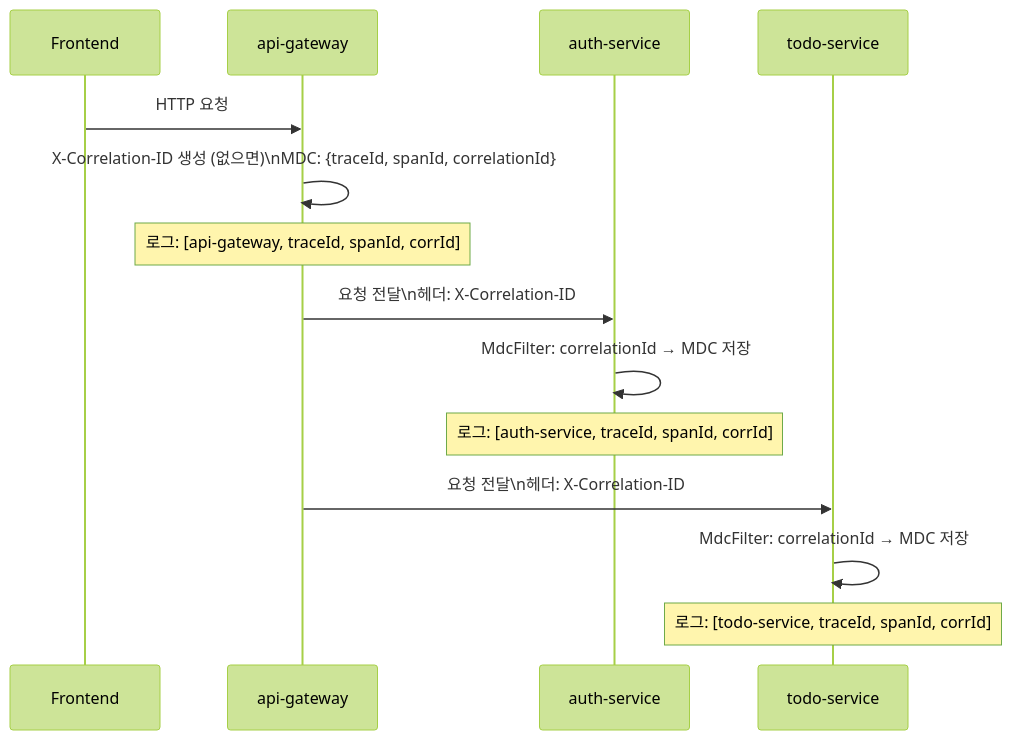
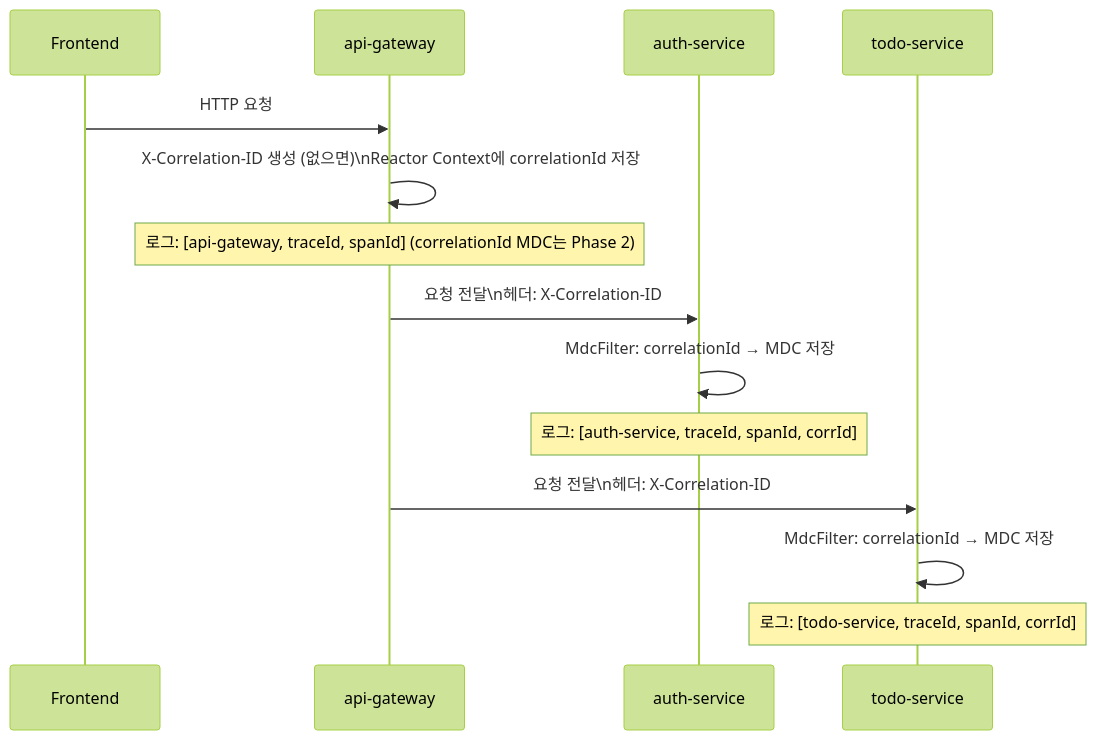
One commit to kyungseo/ai-workflow-harness changed diagram 13 of 17 in docs/ARCHITECTURE.md. Above: the diagram before and after it, drawn with Mermaid (forest theme). The commit also changed other lines of this file and 17 other files, not shown here.

````diff
--- a/docs/ARCHITECTURE.md
+++ b/docs/ARCHITECTURE.md
@@ -399,20 +399,20 @@
 ```mermaid
 sequenceDiagram
     participant FE as Frontend
     participant GW as api-gateway
     participant AUTH as auth-service
     participant TODO as todo-service
 
     FE->>GW: HTTP 요청
 
-    GW->>GW: X-Correlation-ID 생성 (없으면)\nMDC: {traceId, spanId, correlationId}
-    note over GW: 로그: [api-gateway, traceId, spanId, corrId]
+    GW->>GW: X-Correlation-ID 생성 (없으면)\nReactor Context에 correlationId 저장
+    note over GW: 로그: [api-gateway, traceId, spanId] (correlationId MDC는 Phase 2)
 
     GW->>AUTH: 요청 전달\n헤더: X-Correlation-ID
     AUTH->>AUTH: MdcFilter: correlationId → MDC 저장
     note over AUTH: 로그: [auth-service, traceId, spanId, corrId]
 
     GW->>TODO: 요청 전달\n헤더: X-Correlation-ID
     TODO->>TODO: MdcFilter: correlationId → MDC 저장
     note over TODO: 로그: [todo-service, traceId, spanId, corrId]
 ```
````
